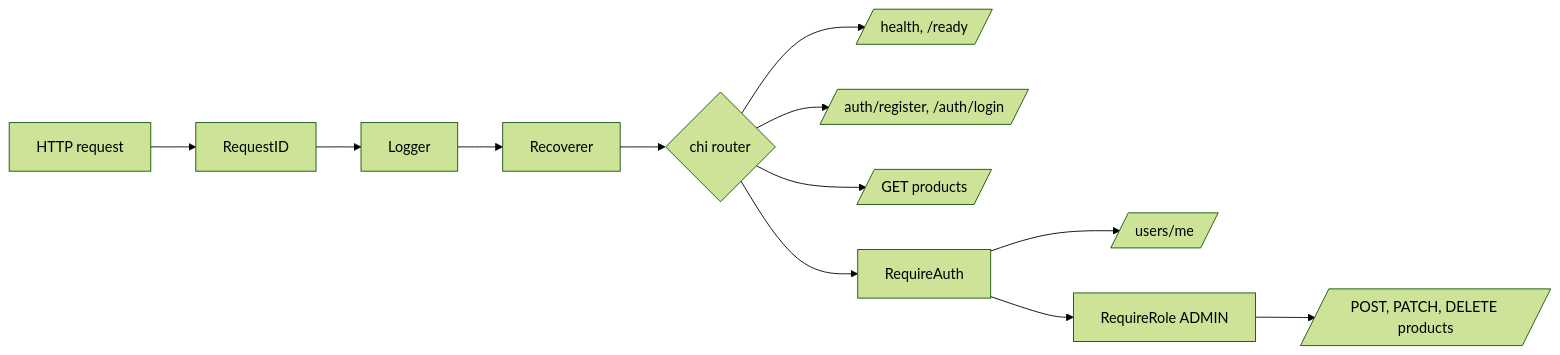
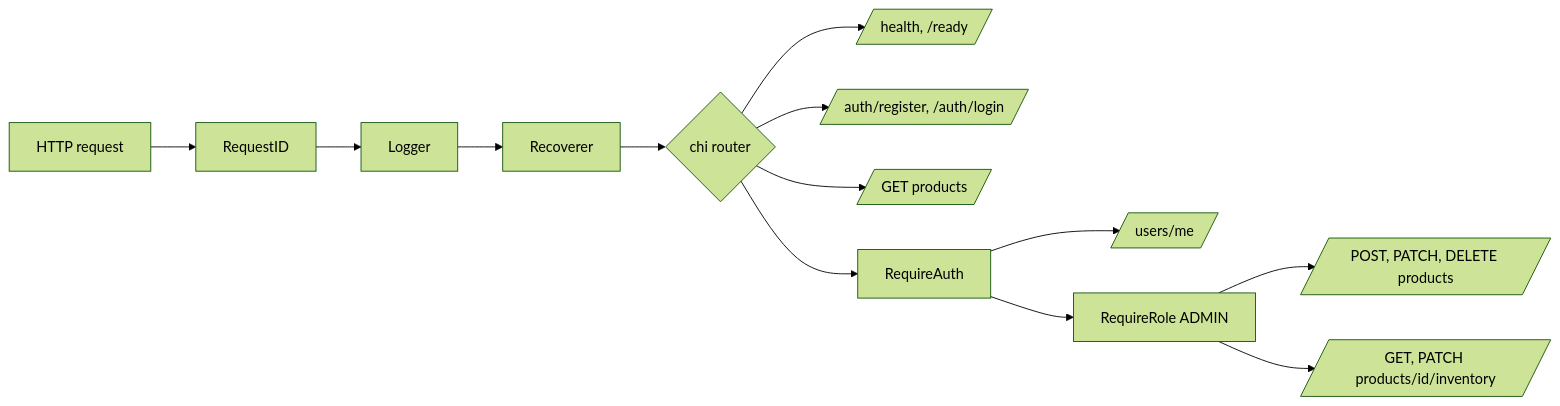
One commit to BasavarajBankolli/inventory-order-engine changed the second of 2 diagrams in README.md. Above: the diagram before and after it, drawn with Mermaid (forest theme). The commit also changed other lines of this file and 16 other files, not shown here.

````diff
--- a/README.md
+++ b/README.md
@@ -32,9 +32,10 @@
 ```mermaid
 flowchart LR
     req[HTTP request] --> rid[RequestID] --> log[Logger] --> rec[Recoverer] --> router{chi router}
     router --> h[/health, /ready/]
     router --> pub[/auth/register, /auth/login/]
     router --> pubp[/GET products/]
     router --> ra[RequireAuth] --> me[/users/me/]
     ra --> rr[RequireRole ADMIN] --> adm[/POST, PATCH, DELETE products/]
+    rr --> inv[/GET, PATCH products/id/inventory/]
 ```
````
